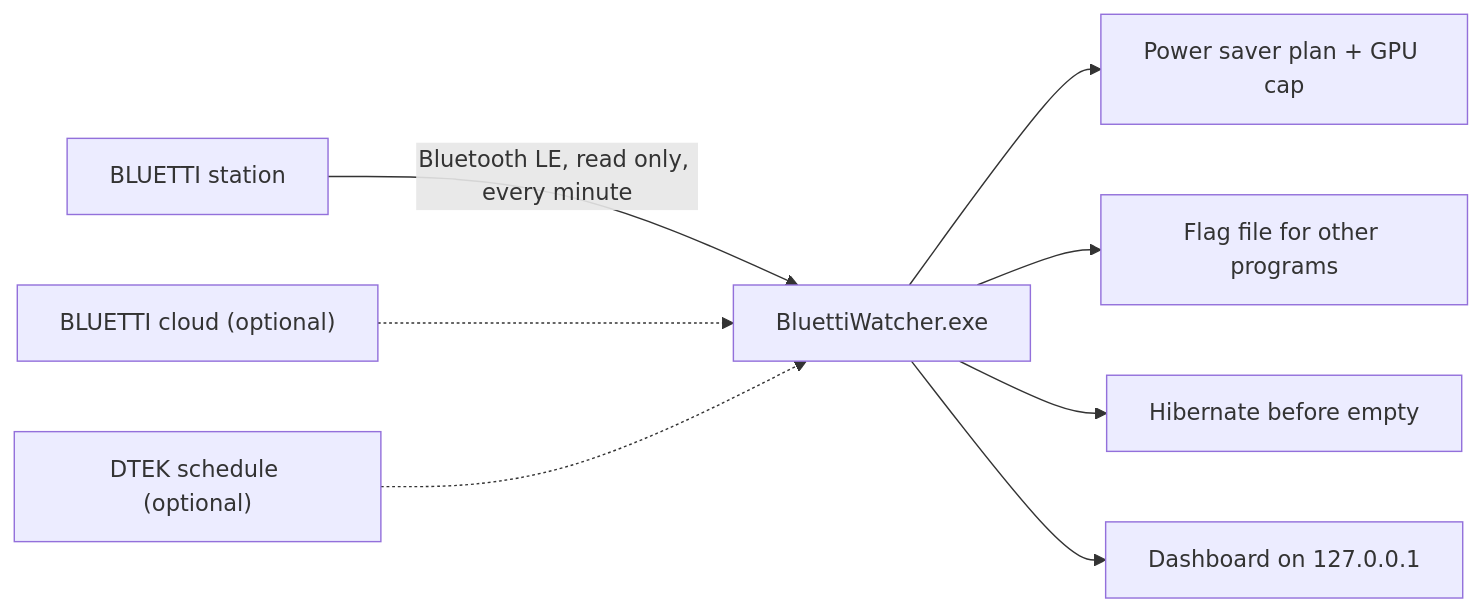
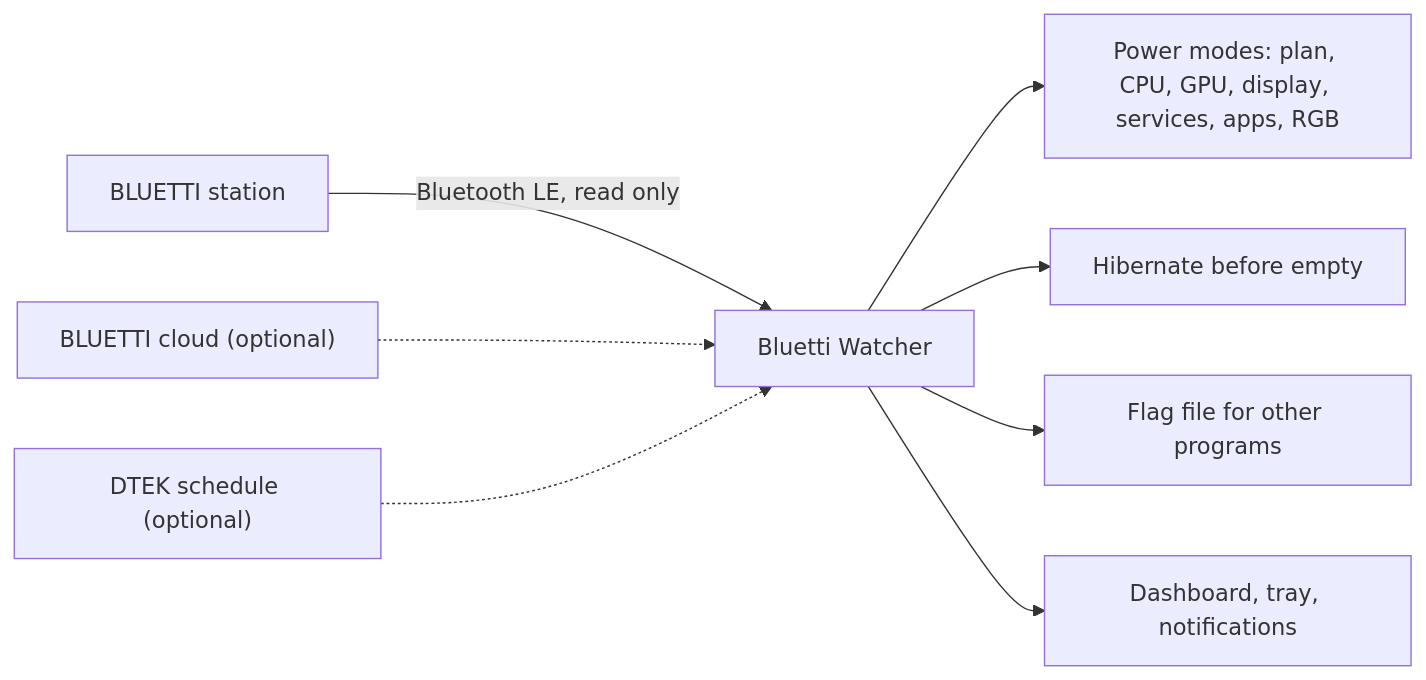
The diagram in README.md (vitaliy-shatskiy/bluetti-watcher), drawn with Mermaid before and after one commit. The commit also changed other lines of this file, not shown here.

````diff
--- a/README.md
+++ b/README.md
@@ -43,10 +40,10 @@
 ```mermaid
 flowchart LR
-  S["BLUETTI station"] -- "Bluetooth LE, read only, every minute" --> W["BluettiWatcher.exe"]
+  S["BLUETTI station"] -- "Bluetooth LE, read only" --> W["Bluetti Watcher"]
   C["BLUETTI cloud (optional)"] -.-> W
   K["DTEK schedule (optional)"] -.-> W
-  W --> P["Power saver plan + GPU cap"]
+  W --> P["Power modes: plan, CPU, GPU, display, services, apps, RGB"]
+  W --> H["Hibernate before empty"]
   W --> F["Flag file for other programs"]
-  W --> H["Hibernate before empty"]
-  W --> D["Dashboard on 127.0.0.1"]
+  W --> D["Dashboard, tray, notifications"]
 ```
````
